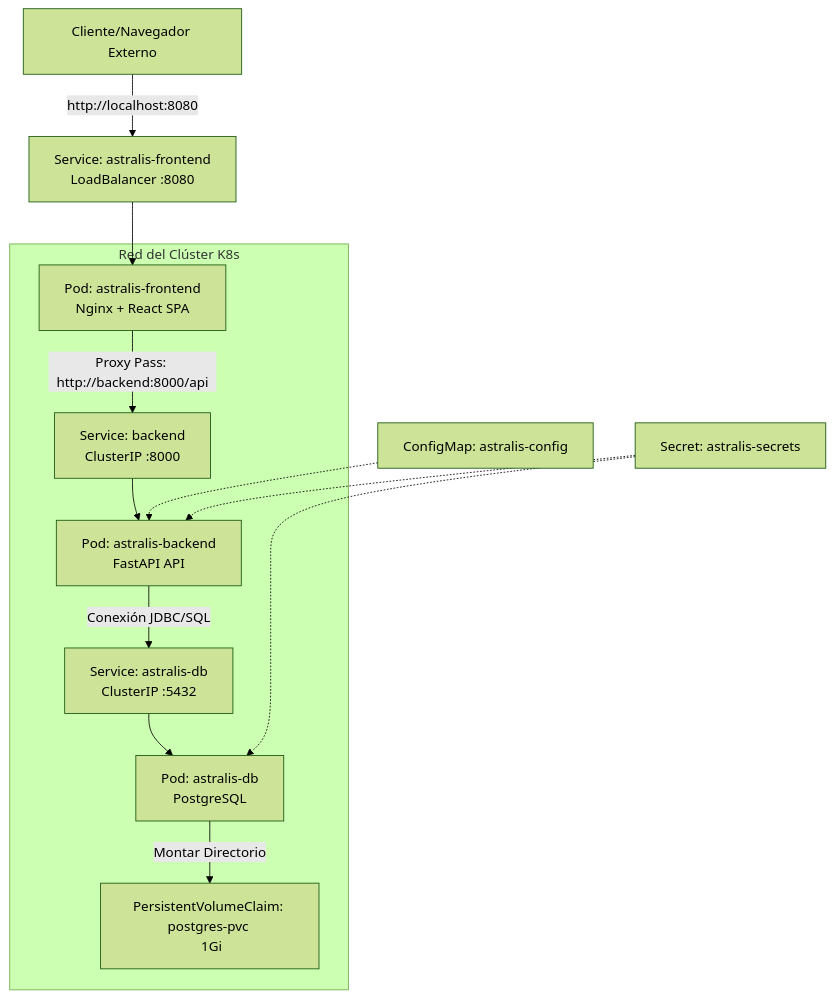
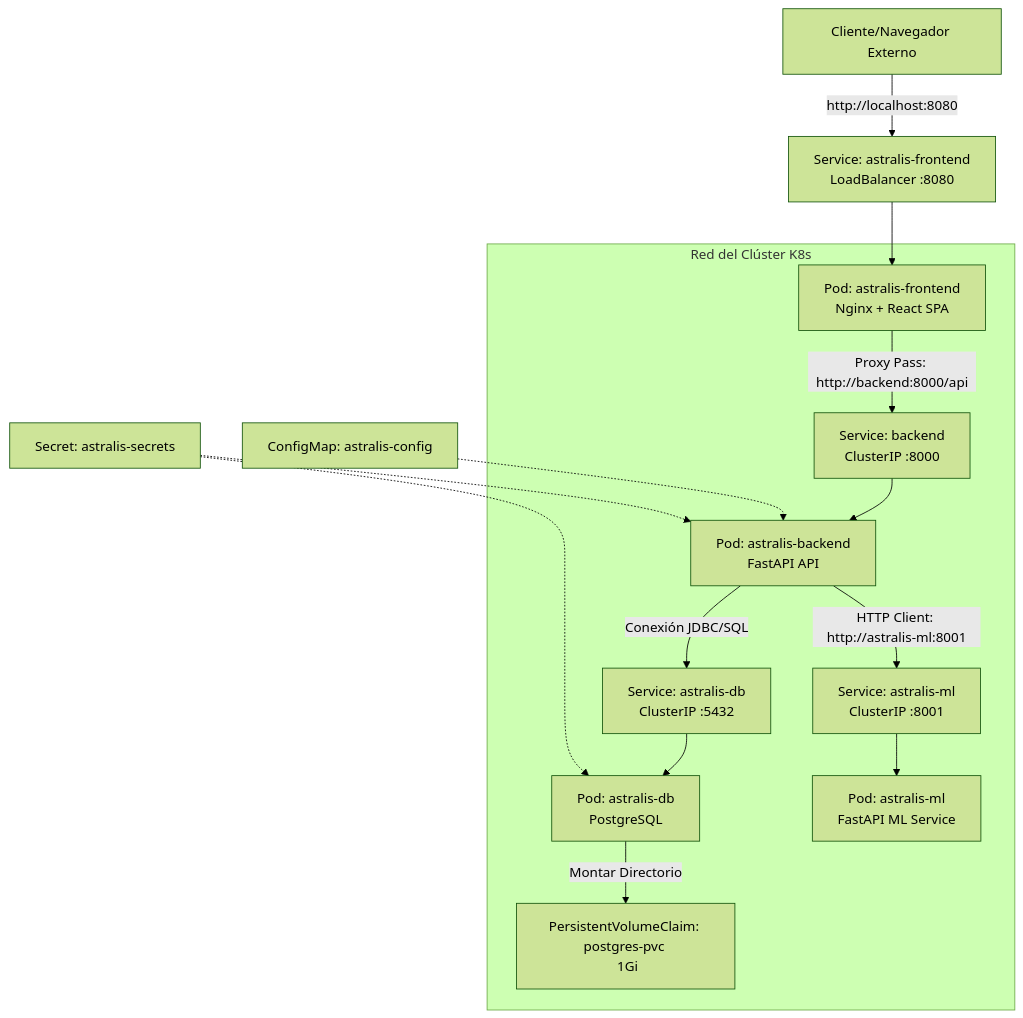
Before and after one commit to Gylg4m3sh/Astralis_UNAL: the diagram in ASTRALIS_KUBERNETES.md, drawn with Mermaid (forest theme). The commit also changed other lines of this file and 3 other files, not shown here.

````diff
--- a/ASTRALIS_KUBERNETES.md
+++ b/ASTRALIS_KUBERNETES.md
@@ -17,19 +18,22 @@
 ```mermaid
 graph TD
     Client[Cliente/Navegador Externo] -->|http://localhost:8080| SvcFront[Service: astralis-frontend <br> LoadBalancer :8080]
     SvcFront --> PodFront[Pod: astralis-frontend <br> Nginx + React SPA]
     
     subgraph Red del Clúster K8s
         PodFront -->|Proxy Pass: http://backend:8000/api| SvcBack[Service: backend <br> ClusterIP :8000]
         SvcBack --> PodBack[Pod: astralis-backend <br> FastAPI API]
         
         PodBack -->|Conexión JDBC/SQL| SvcDB[Service: astralis-db <br> ClusterIP :5432]
         SvcDB --> PodDB[Pod: astralis-db <br> PostgreSQL]
         
+        PodBack -->|HTTP Client: http://astralis-ml:8001| SvcML[Service: astralis-ml <br> ClusterIP :8001]
+        SvcML --> PodML[Pod: astralis-ml <br> FastAPI ML Service]
+        
         PodDB -->|Montar Directorio| PVC[PersistentVolumeClaim: postgres-pvc <br> 1Gi]
     end
     
     ConfigMap[ConfigMap: astralis-config] -.-> PodBack
     Secrets[Secret: astralis-secrets] -.-> PodBack
     Secrets -.-> PodDB
 ```
````
